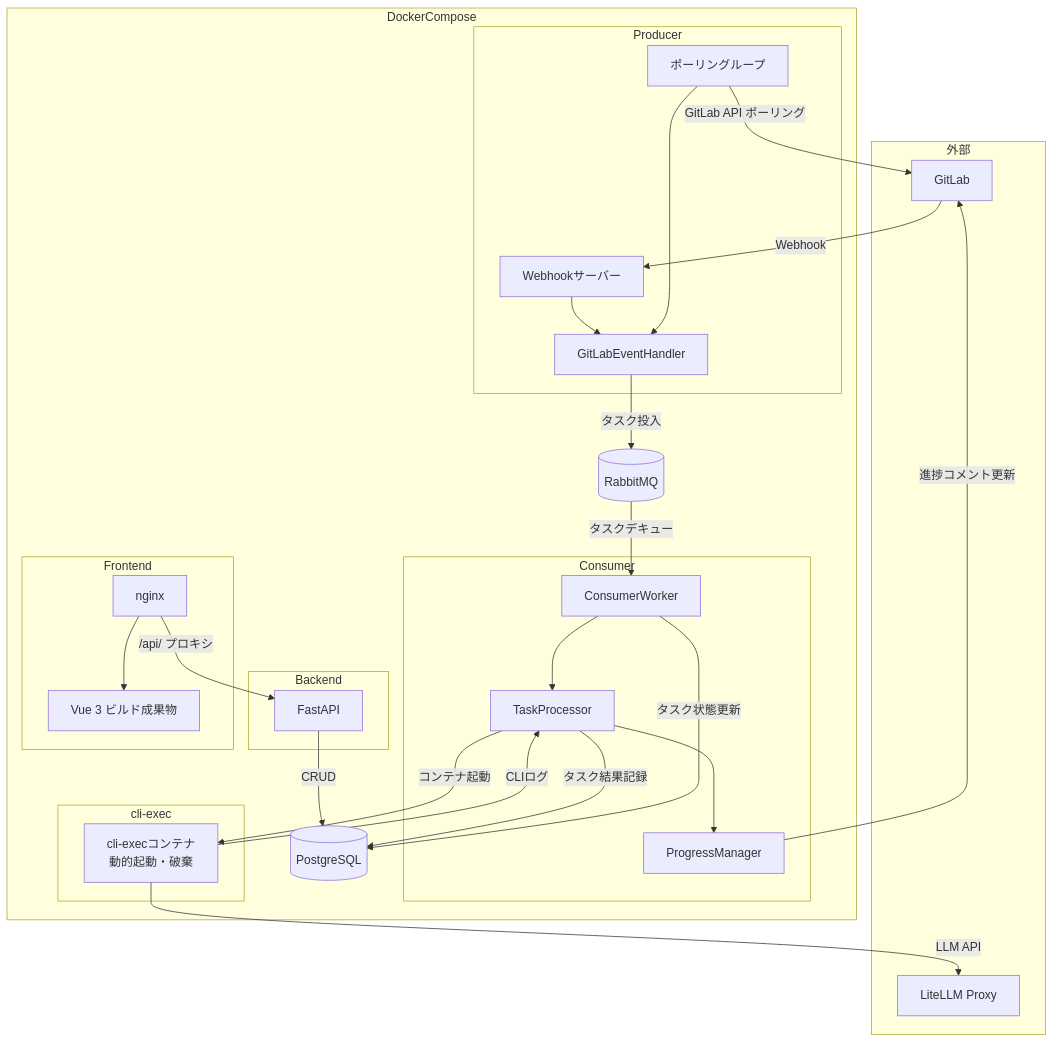
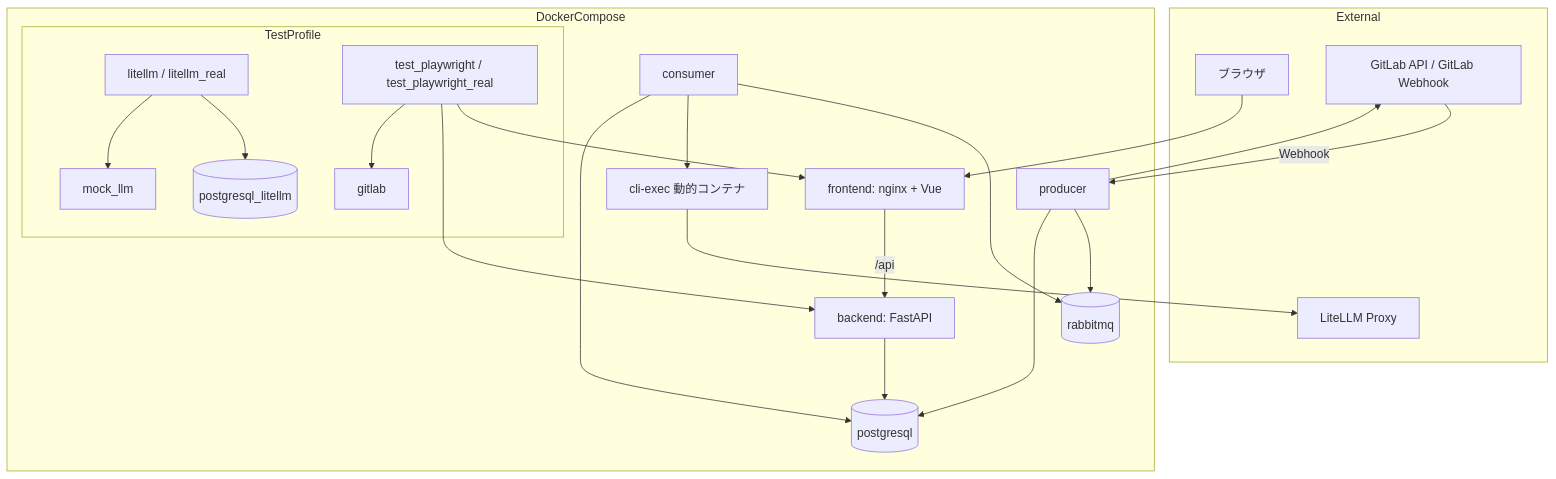
Before and after one commit to notfolder/CodingAgentAutomata: the first of 7 diagrams in docs/detail_design.md, drawn with Mermaid. The commit also changed other lines of this file, not shown here.

````diff
--- a/docs/detail_design.md
+++ b/docs/detail_design.md
@@ -45,55 +49,43 @@
 ```mermaid
 graph TB
-    subgraph 外部
-        GL[GitLab]
+    subgraph External
+        Browser[ブラウザ]
+        GitLabExt[GitLab API / GitLab Webhook]
         LLM[LiteLLM Proxy]
     end
 
     subgraph DockerCompose
-        subgraph Producer
-            WH[Webhookサーバー]
-            PL[ポーリングループ]
-            PE[GitLabEventHandler]
-        end
+        Frontend[frontend: nginx + Vue]
+        Backend[backend: FastAPI]
+        Producer[producer]
+        Consumer[consumer]
+        Postgres[(postgresql)]
+        Rabbit[(rabbitmq)]
+        CliExec[cli-exec 動的コンテナ]
 
-        subgraph Consumer
-            CW[ConsumerWorker]
-            TP[TaskProcessor]
-            PM[ProgressManager]
-        end
-
-        subgraph Backend
-            FA[FastAPI]
-        end
-
-        subgraph Frontend
-            NG[nginx]
-            VUE[Vue 3 ビルド成果物]
-        end
-
-        PG[(PostgreSQL)]
-        MQ[(RabbitMQ)]
-
-        subgraph cli-exec
-            CEXEC[cli-execコンテナ\n動的起動・破棄]
+        subgraph TestProfile
+            GitLabCE[gitlab]
+            MockLLM[mock_llm]
+            LiteLLM[litellm / litellm_real]
+            PW[test_playwright / test_playwright_real]
+            LiteDB[(postgresql_litellm)]
         end
     end
 
-    GL -->|Webhook| WH
-    PL -->|GitLab API ポーリング| GL
-    WH --> PE
-    PE -->|タスク投入| MQ
-    PL --> PE
-    MQ -->|タスクデキュー| CW
-    CW --> TP
-    TP -->|コンテナ起動| CEXEC
-    CEXEC -->|CLIログ| TP
-    TP --> PM
-    PM -->|進捗コメント更新| GL
-    TP -->|タスク結果記録| PG
-    CW -->|タスク状態更新| PG
-    FA -->|CRUD| PG
-    NG --> VUE
-    NG -->|/api/ プロキシ| FA
-    CEXEC -->|LLM API| LLM
+    Browser --> Frontend
+    Frontend -->|/api| Backend
+    Producer --> GitLabExt
+    GitLabExt -->|Webhook| Producer
+    Producer --> Rabbit
+    Consumer --> Rabbit
+    Consumer --> CliExec
+    CliExec --> LLM
+    Backend --> Postgres
+    Producer --> Postgres
+    Consumer --> Postgres
+    LiteLLM --> LiteDB
+    LiteLLM --> MockLLM
+    PW --> Frontend
+    PW --> Backend
+    PW --> GitLabCE
 ```
````
